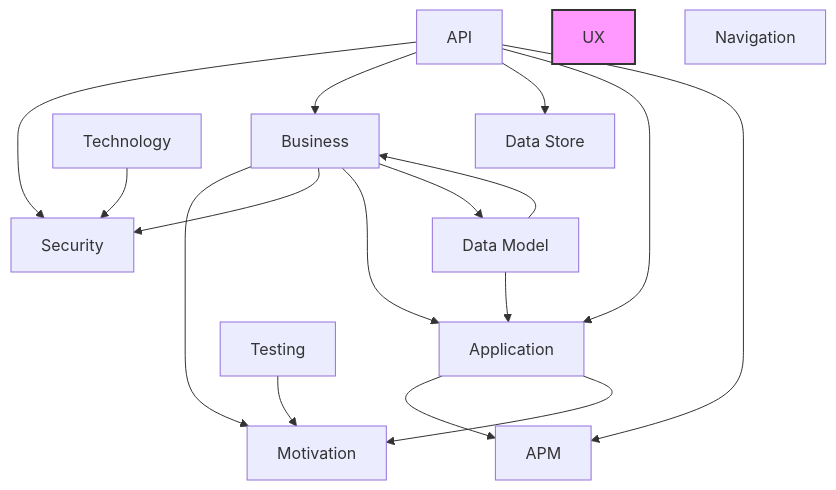
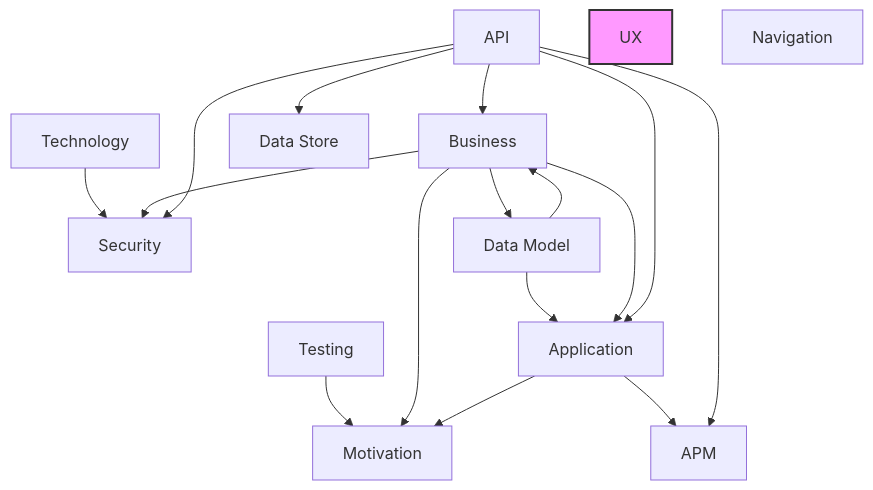
The diagram in spec/browser/09-ux-layer-report.md (tinkermonkey/documentation_robotics), drawn with Mermaid before and after one commit. The commit also changed other lines of this file and 12 other files, not shown here.

````diff
--- a/spec/browser/09-ux-layer-report.md
+++ b/spec/browser/09-ux-layer-report.md
@@ -115,32 +115,32 @@
 ```mermaid
 flowchart TB
   classDef current fill:#f9f,stroke:#333,stroke-width:2px
   motivation["Motivation"]
   business["Business"]
   security["Security"]
   application["Application"]
   technology["Technology"]
   api["API"]
   data_model["Data Model"]
   data_store["Data Store"]
   ux["UX"]
   navigation["Navigation"]
   apm["APM"]
   testing["Testing"]
   technology --> security
   testing --> motivation
   data_model --> business
   data_model --> application
-  application --> apm
-  application --> motivation
   business --> motivation
   business --> security
   business --> application
   business --> data_model
+  application --> apm
+  application --> motivation
   api --> security
   api --> business
   api --> data_store
   api --> application
   api --> apm
   class ux current
 ```
````
